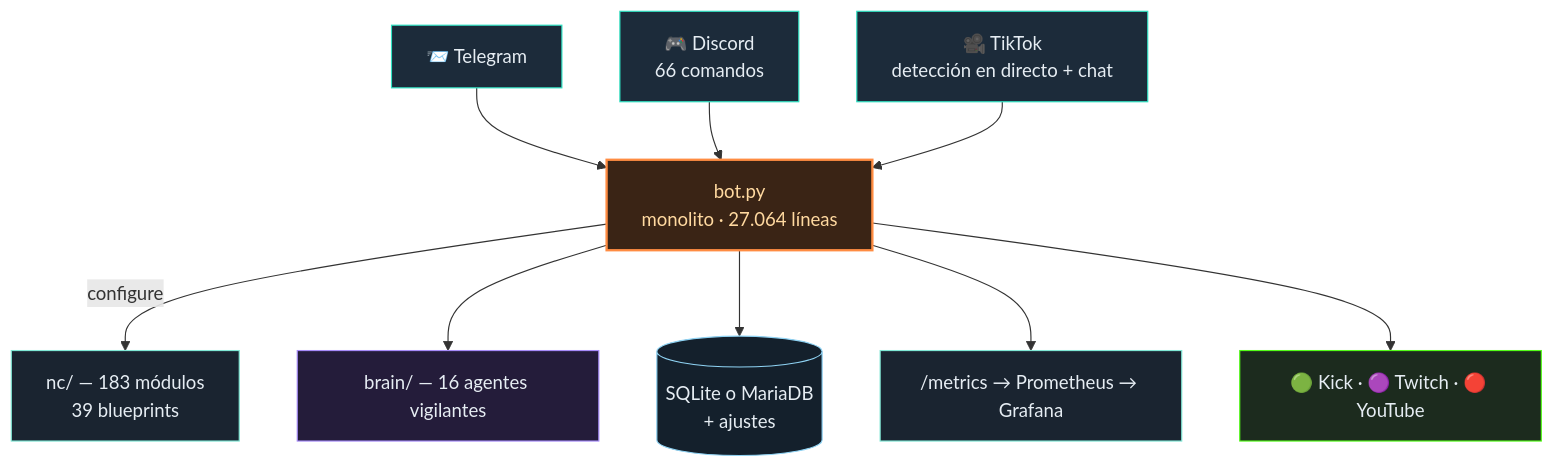
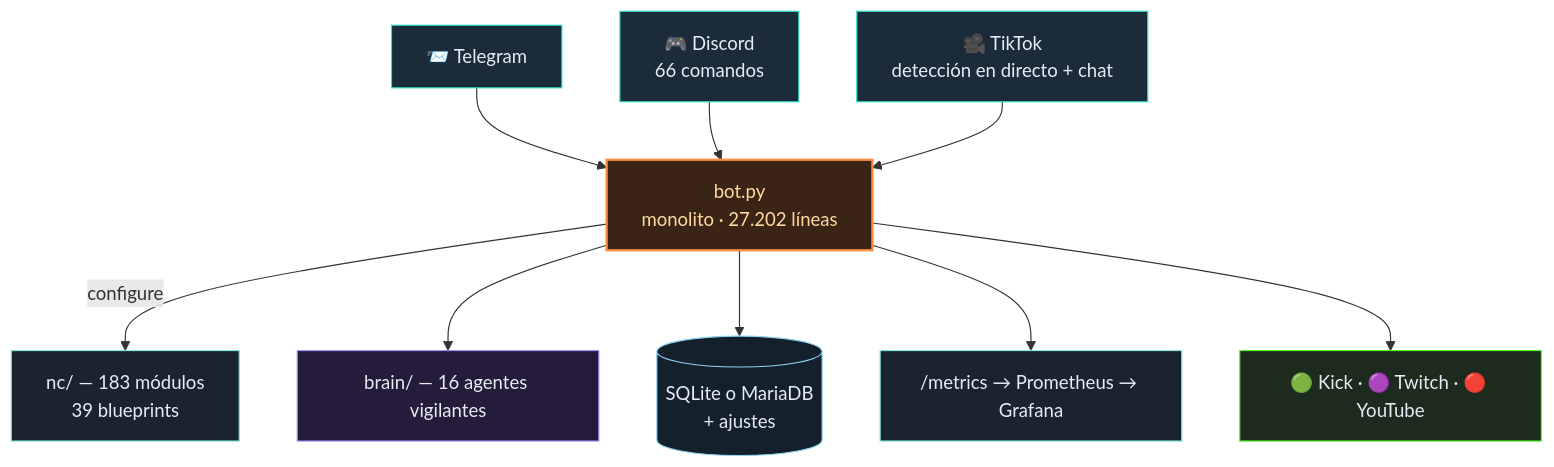
The diagram in README.es.md (itsamemedev/Telegram-Stream-Info-Bot), drawn with Mermaid before and after one commit. The commit also changed other lines of this file and 15 other files, not shown here.

````diff
--- a/README.es.md
+++ b/README.es.md
@@ -64,18 +64,18 @@
 ```mermaid
 flowchart TB
     TG["📨 Telegram"]:::ein --> BOT
     DC["🎮 Discord<br/>66 comandos"]:::ein --> BOT
     TT["🎥 TikTok<br/>detección en directo + chat"]:::ein --> BOT
-    BOT["bot.py<br/>monolito · 27.064 líneas"]:::core
+    BOT["bot.py<br/>monolito · 27.202 líneas"]:::core
     BOT -->|configure| NC["nc/ — 183 módulos<br/>39 blueprints"]:::lib
     BOT --> BRAIN["brain/ — 16 agentes vigilantes"]:::brain
     BOT --> DB[("SQLite o MariaDB<br/>+ ajustes")]:::db
     BOT --> PROM["/metrics → Prometheus → Grafana"]:::lib
     BOT --> OUT["🟢 Kick · 🟣 Twitch · 🔴 YouTube"]:::out
     classDef ein fill:#1c2b3a,stroke:#2de1c2,color:#e6edf3
     classDef core fill:#3a2415,stroke:#ff8c42,stroke-width:2px,color:#ffd9a0
     classDef lib fill:#1a2430,stroke:#7fe7d4,color:#e6edf3
     classDef brain fill:#241c3a,stroke:#a78bfa,color:#e6edf3
     classDef db fill:#14202c,stroke:#8fd3f4,color:#e6edf3
     classDef out fill:#1c2b1e,stroke:#53fc18,color:#e6edf3
 ```
````
